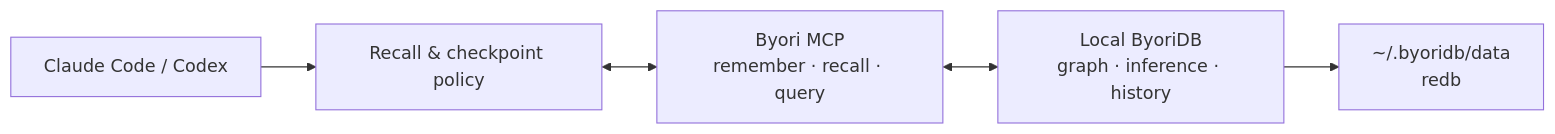
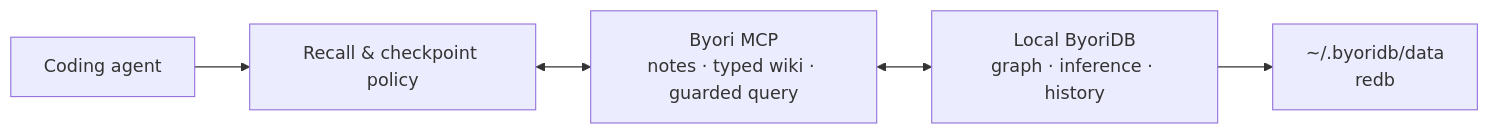
Before and after one commit to byoridb/byori: the diagram in README.md, drawn with Mermaid. The commit also changed other lines of this file and 16 other files, not shown here.

````diff
--- a/README.md
+++ b/README.md
@@ -60,7 +64,7 @@
 ```mermaid
 flowchart LR
-    A[Claude Code / Codex] --> B[Recall & checkpoint policy]
-    B <--> C[Byori MCP<br/>remember · recall · query]
+    A[Coding agent] --> B[Recall & checkpoint policy]
+    B <--> C[Byori MCP<br/>notes · typed wiki · guarded query]
     C <--> D[Local ByoriDB<br/>graph · inference · history]
     D --> E[~/.byoridb/data<br/>redb]
 ```
````
